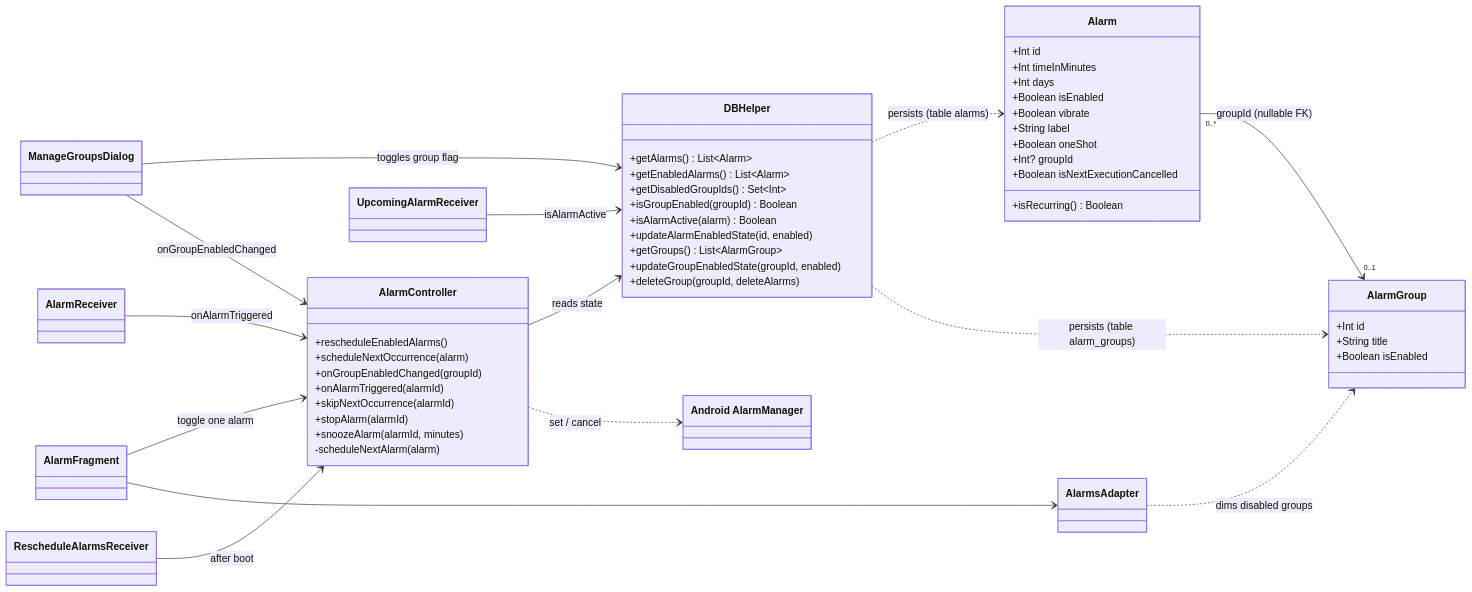
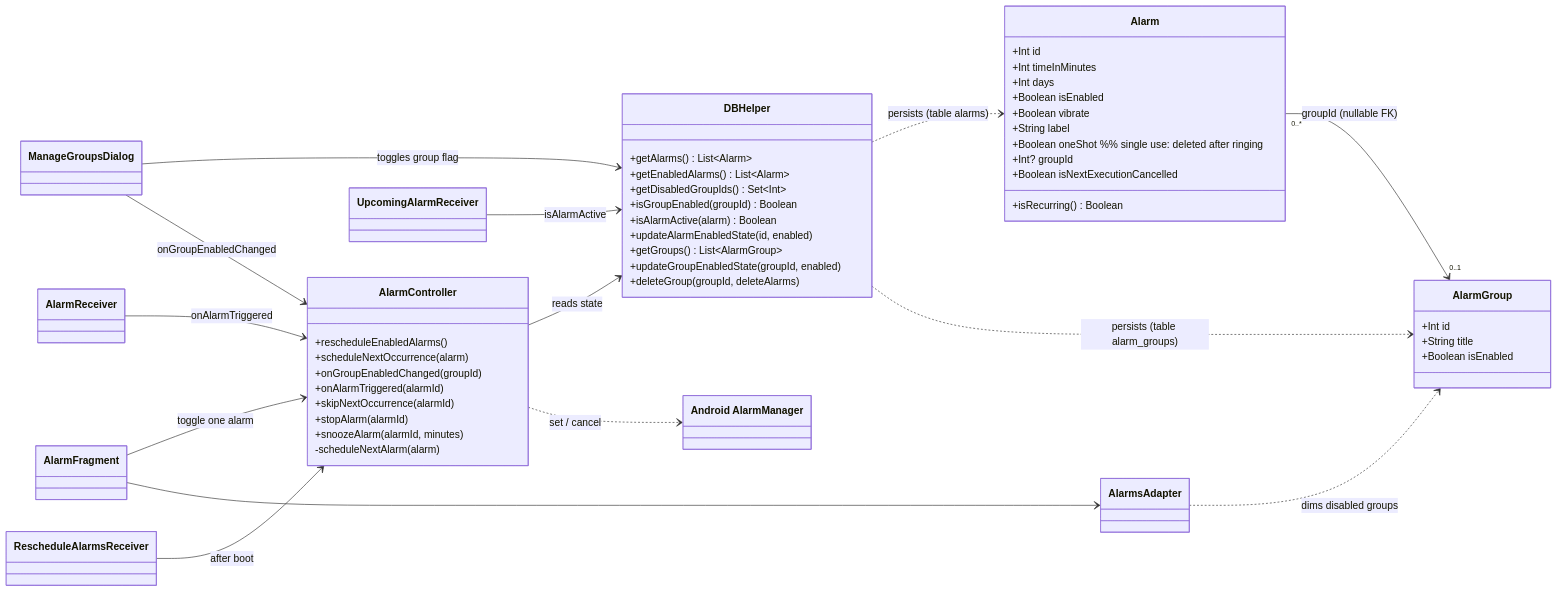
Before and after one commit to alucasr/Clock: the diagram in docs/class-diagram.md, drawn with Mermaid. The commit also changed 2 other files, not shown here.

Commit message:
docs: changelog/index for v1.1.5

````diff
--- a/docs/class-diagram.md
+++ b/docs/class-diagram.md
@@ -5,68 +5,68 @@
 ```mermaid
 classDiagram
     direction LR
 
     class Alarm {
         +Int id
         +Int timeInMinutes
         +Int days
         +Boolean isEnabled
         +Boolean vibrate
         +String label
-        +Boolean oneShot
+        +Boolean oneShot  %% single use: deleted after ringing
         +Int? groupId
         +Boolean isNextExecutionCancelled
         +isRecurring() Boolean
     }
 
     class AlarmGroup {
         +Int id
         +String title
         +Boolean isEnabled
     }
 
     class DBHelper {
         +getAlarms() List~Alarm~
         +getEnabledAlarms() List~Alarm~
         +getDisabledGroupIds() Set~Int~
         +isGroupEnabled(groupId) Boolean
         +isAlarmActive(alarm) Boolean
         +updateAlarmEnabledState(id, enabled)
         +getGroups() List~AlarmGroup~
         +updateGroupEnabledState(groupId, enabled)
         +deleteGroup(groupId, deleteAlarms)
     }
 
     class AlarmController {
         +rescheduleEnabledAlarms()
         +scheduleNextOccurrence(alarm)
         +onGroupEnabledChanged(groupId)
         +onAlarmTriggered(alarmId)
         +skipNextOccurrence(alarmId)
         +stopAlarm(alarmId)
         +snoozeAlarm(alarmId, minutes)
         -scheduleNextAlarm(alarm)
     }
 
     class ManageGroupsDialog
     class AlarmFragment
     class AlarmsAdapter
     class AlarmReceiver
     class UpcomingAlarmReceiver
     class RescheduleAlarmsReceiver
     class AlarmManagerAPI["Android AlarmManager"]
 
     Alarm "0..*" --> "0..1" AlarmGroup : groupId (nullable FK)
     DBHelper ..> Alarm : persists (table alarms)
     DBHelper ..> AlarmGroup : persists (table alarm_groups)
     AlarmController --> DBHelper : reads state
     AlarmController ..> AlarmManagerAPI : set / cancel
     ManageGroupsDialog --> DBHelper : toggles group flag
     ManageGroupsDialog --> AlarmController : onGroupEnabledChanged
     AlarmFragment --> AlarmController : toggle one alarm
     AlarmFragment --> AlarmsAdapter
     AlarmsAdapter ..> AlarmGroup : dims disabled groups
     AlarmReceiver --> AlarmController : onAlarmTriggered
     RescheduleAlarmsReceiver --> AlarmController : after boot
     UpcomingAlarmReceiver --> DBHelper : isAlarmActive
 ```
````
